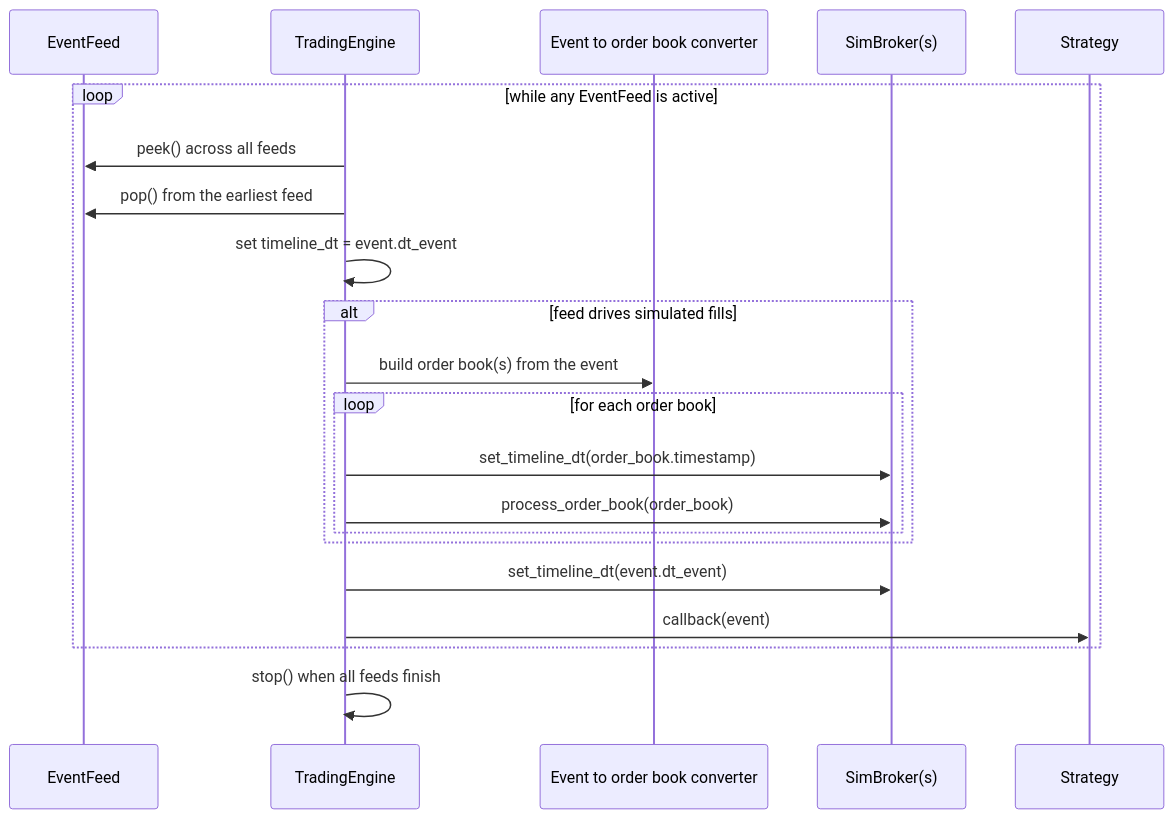
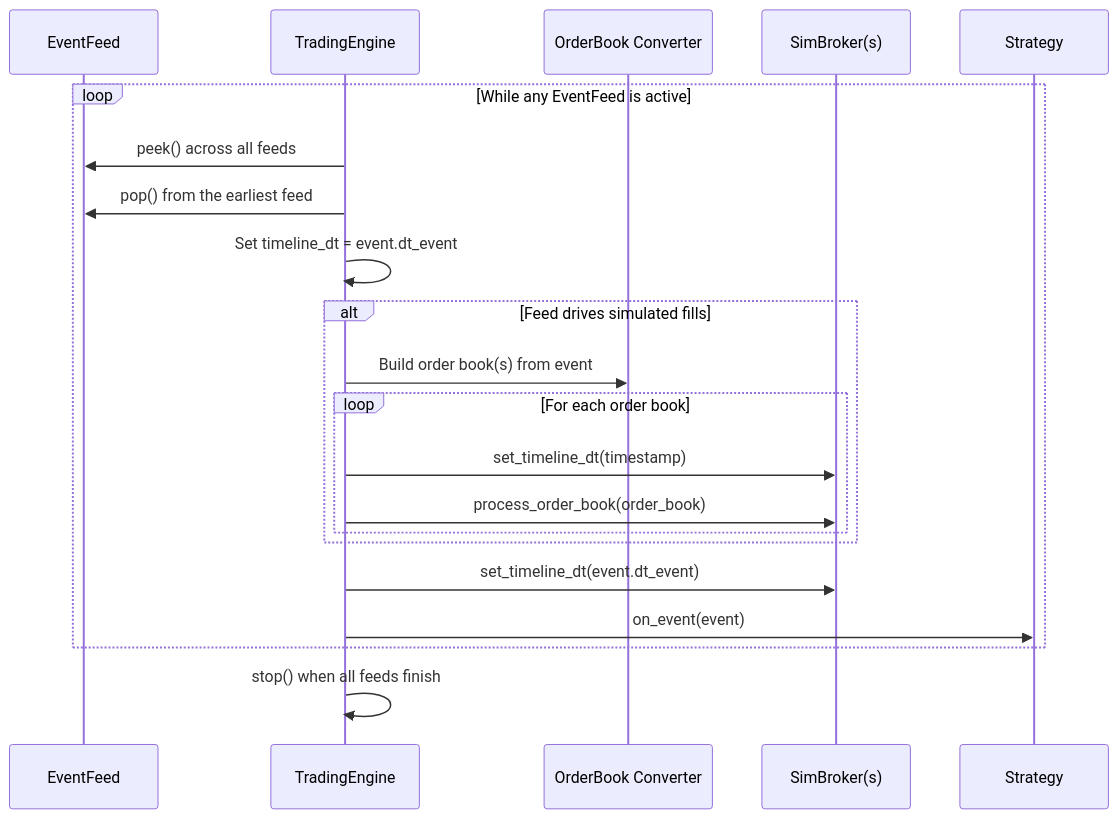
One commit to stefansimik/suite_trading changed the sixth of 9 diagrams in README.md. Above: the diagram before and after it, drawn with Mermaid. The commit also changed other lines of this file, not shown here.

````diff
--- a/README.md
+++ b/README.md
@@ -318,27 +460,27 @@
 ```mermaid
 sequenceDiagram
     participant EF as EventFeed
     participant TE as TradingEngine
-    participant C as Event to order book converter
+    participant C as OrderBook Converter
     participant SB as SimBroker(s)
     participant S as Strategy
 
-    loop while any EventFeed is active
+    loop While any EventFeed is active
         TE->>EF: peek() across all feeds
         TE->>EF: pop() from the earliest feed
-        TE->>TE: set timeline_dt = event.dt_event
+        TE->>TE: Set timeline_dt = event.dt_event
 
-        alt feed drives simulated fills
-            TE->>C: build order book(s) from the event
-            loop for each order book
-                TE->>SB: set_timeline_dt(order_book.timestamp)
+        alt Feed drives simulated fills
+            TE->>C: Build order book(s) from event
+            loop For each order book
+                TE->>SB: set_timeline_dt(timestamp)
                 TE->>SB: process_order_book(order_book)
             end
         end
 
         TE->>SB: set_timeline_dt(event.dt_event)
-        TE->>S: callback(event)
+        TE->>S: on_event(event)
     end
 
     TE->>TE: stop() when all feeds finish
 ```
````
